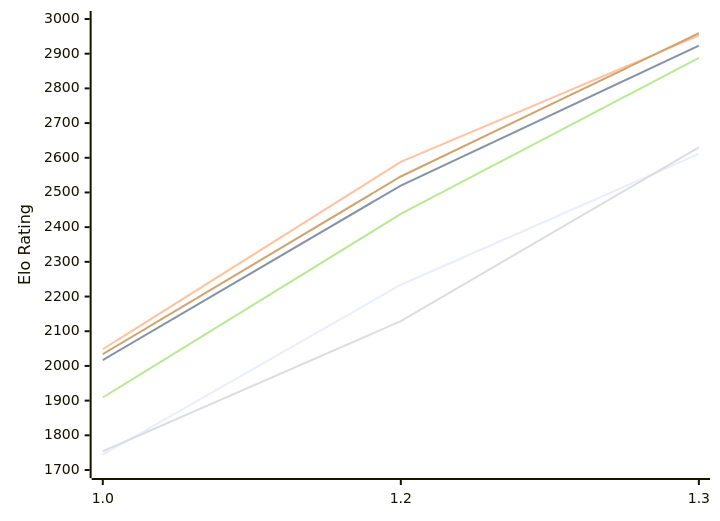
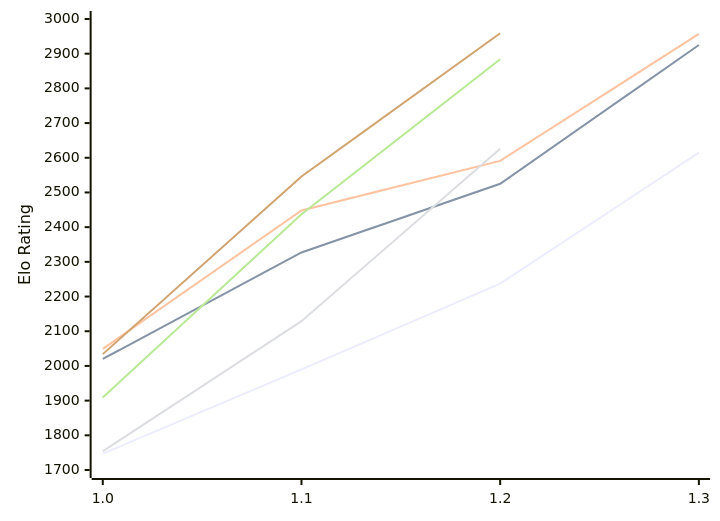
The first of 2 diagrams in engines/Echekinator.md (computer-chess-index/cci), drawn with Mermaid before and after one commit. The commit also changed other lines of this file, not shown here.

Commit message:
Update CCI Ratings (ELO VLTC) - 2026-11-22

````diff
--- a/engines/Echekinator.md
+++ b/engines/Echekinator.md
@@ -52,12 +53,12 @@
 ```mermaid
 %%{init: {"theme":"base","themeVariables":{"seriesColors:['#a3a3a3','#222221','#faa371']}}}%%
 xychart-beta
-  x-axis ["1.0", "1.2", "1.3"]
+  x-axis ["1.0", "1.1", "1.2", "1.3"]
   y-axis "Elo Rating" 1700 --> 3000
-  line "E1: STC (8.0+0.08s)" [1744, 2234, 2611]
-  line "E1: LTC (60.0+0.60s)" [2017, 2520, 2923]
-  line "E1: VLTC (2m24s+1.12s)" [2048, 2588, 2952]
-  line "P1: STC (8.0+0.08s)" [1754, 2129, 2630]
-  line "P1: LTC (60.0+0.60s)" [1909, 2438, 2888]
+  line "E1: STC (8.0+0.08s)" [1747, 1990, 2237, 2615]
+  line "E1: LTC (60.0+0.60s)" [2020, 2327, 2525, 2925]
+  line "E1: VLTC (2m24s+1.12s)" [2049, 2448, 2591, 2957]
+  line "P1: STC (8.0+0.08s)" [1754, 2129, 2626]
+  line "P1: LTC (60.0+0.60s)" [1909, 2437, 2884]
   line "P1: VLTC (2m24s+1.12s)" [2034, 2546, 2959]
 ```
````
